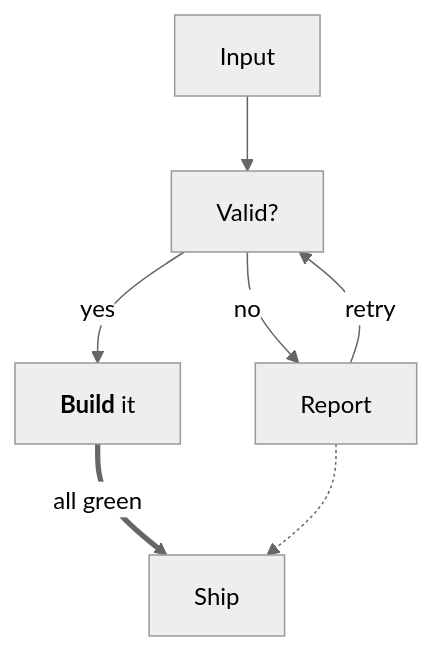
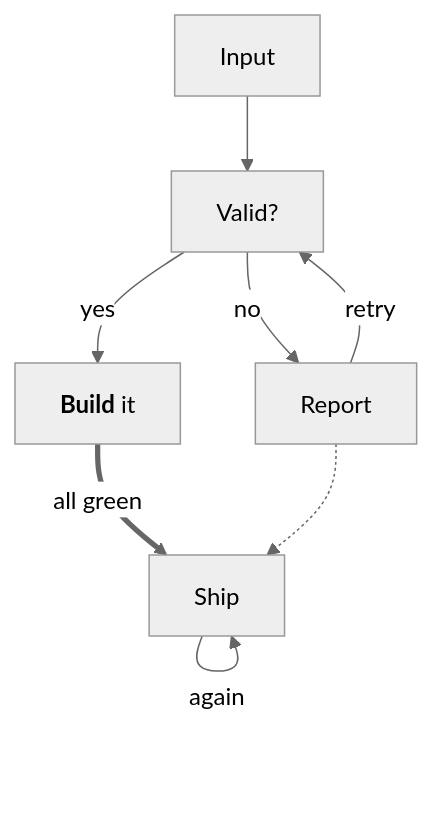
Before and after one commit to GeertBosch/mdcat: the third of 8 diagrams in README.md, drawn with Mermaid (neutral theme). The commit also changed other lines of this file and 13 other files, not shown here.

Commit message:
Draw Mermaid self-loops beside their node, and parallel edges side by side

````diff
--- a/README.md
+++ b/README.md
@@ -236,9 +236,10 @@
 ```mermaid
 graph TD
     input[Input] --> check[Valid?]
     check -->|yes| build["`**Build** it`"]
     check -->|no| report[Report]
     build == all green ==> ship[Ship]
     report -.-> ship
     report -->|retry| check
+    ship -->|again| ship
 ```
````
